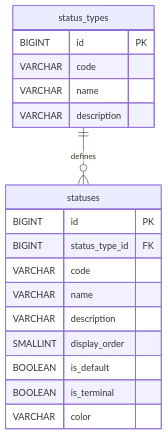
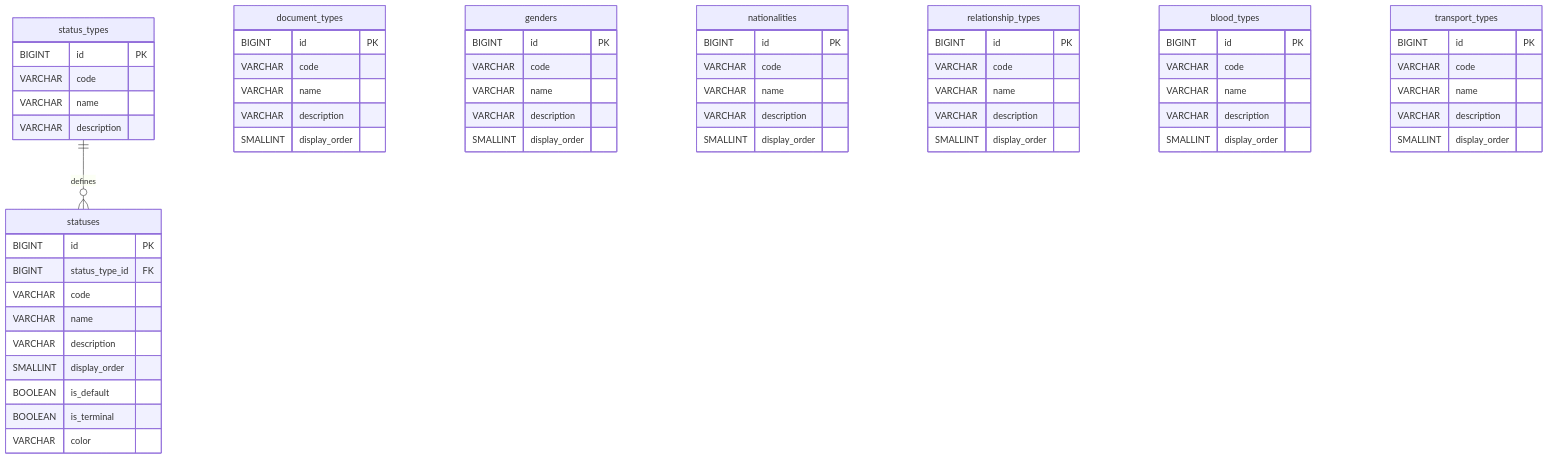
The second of 5 diagrams in .ai/ERD.md (patoz1977/antares-sis), drawn with Mermaid before and after one commit. The commit also changed other lines of this file and 15 other files, not shown here.

````diff
--- a/.ai/ERD.md
+++ b/.ai/ERD.md
@@ -305,5 +305,89 @@
 
     }
 
+    document_types {
+
+        BIGINT id PK
+
+        VARCHAR code
+
+        VARCHAR name
+
+        VARCHAR description
+
+        SMALLINT display_order
+
+    }
+
+    genders {
+
+        BIGINT id PK
+
+        VARCHAR code
+
+        VARCHAR name
+
+        VARCHAR description
+
+        SMALLINT display_order
+
+    }
+
+    nationalities {
+
+        BIGINT id PK
+
+        VARCHAR code
+
+        VARCHAR name
+
+        VARCHAR description
+
+        SMALLINT display_order
+
+    }
+
+    relationship_types {
+
+        BIGINT id PK
+
+        VARCHAR code
+
+        VARCHAR name
+
+        VARCHAR description
+
+        SMALLINT display_order
+
+    }
+
+    blood_types {
+
+        BIGINT id PK
+
+        VARCHAR code
+
+        VARCHAR name
+
+        VARCHAR description
+
+        SMALLINT display_order
+
+    }
+
+    transport_types {
+
+        BIGINT id PK
+
+        VARCHAR code
+
+        VARCHAR name
+
+        VARCHAR description
+
+        SMALLINT display_order
+
+    }
+
     status_types ||--o{ statuses : defines
 ```
````
